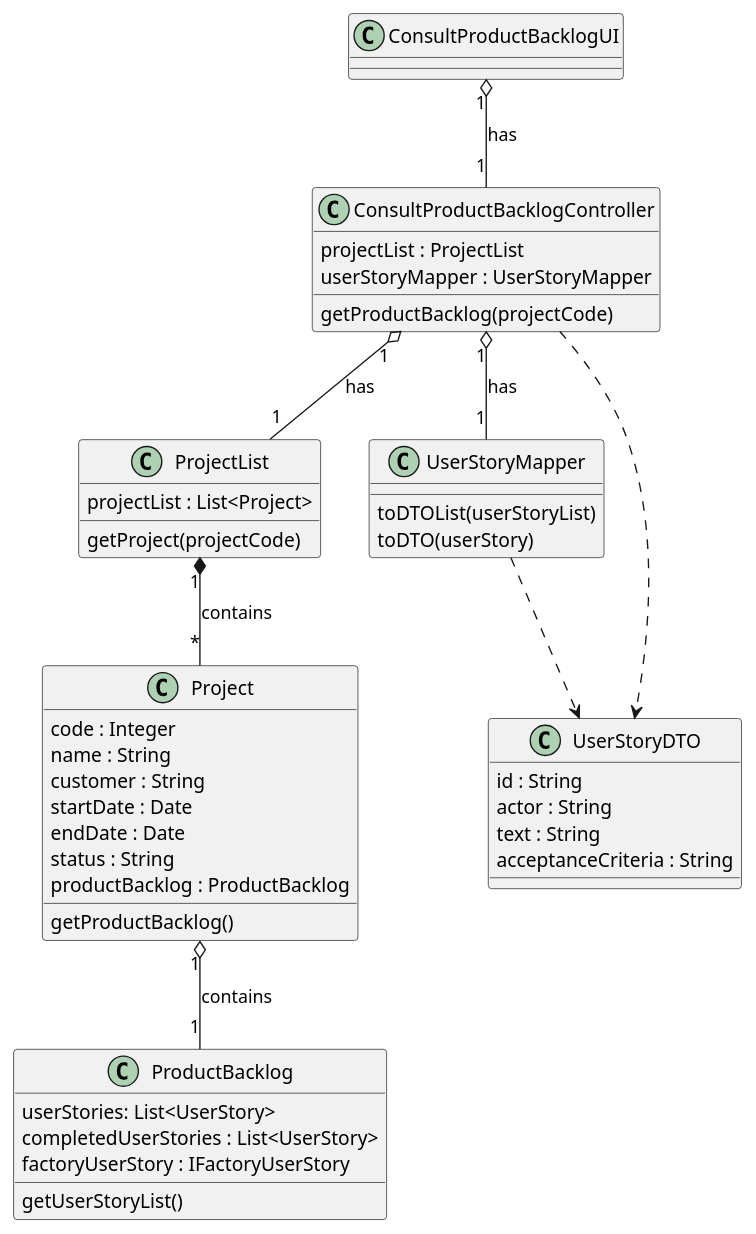
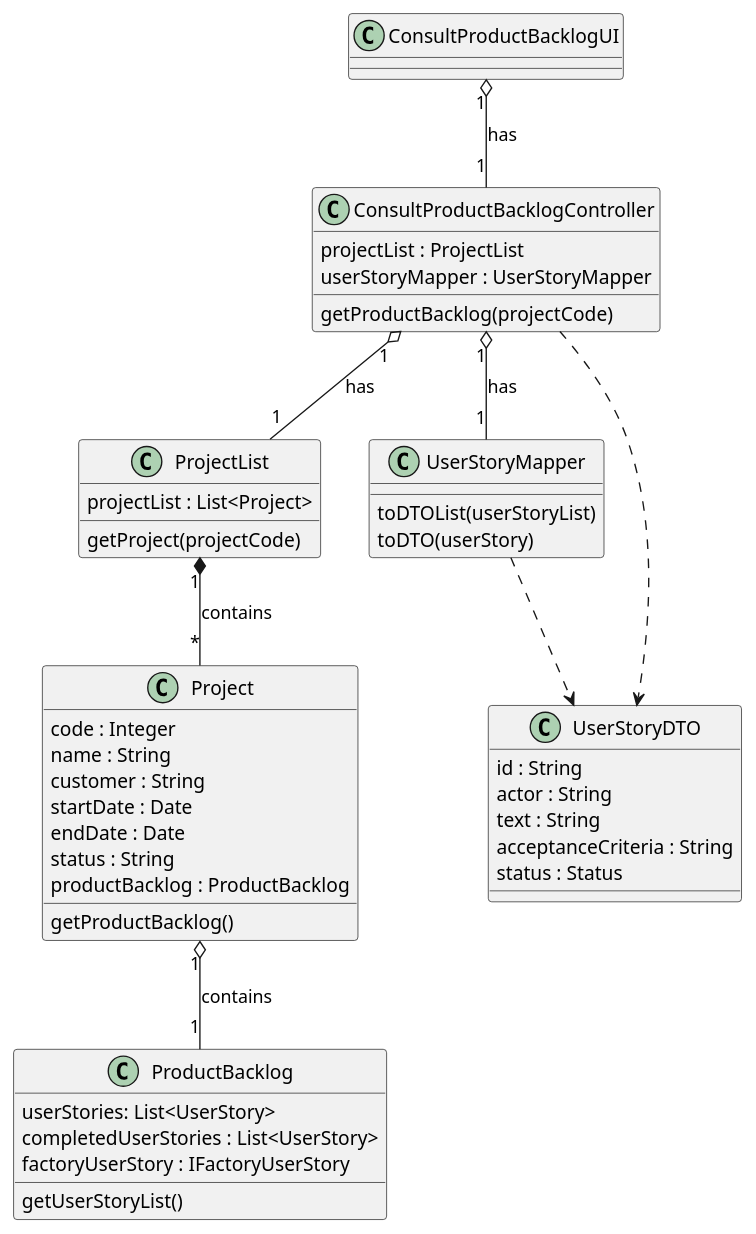
Before and after one commit to ivo-menezes/project_g3: the diagram in docs/modelling_design/user_stories/us018/US018_ConsultProductBacklogCD.puml, drawn with PlantUML.

Commit message:
US018 : Design : CD (update)

```diff
--- a/docs/modelling_design/user_stories/us018/US018_ConsultProductBacklogCD.puml
+++ b/docs/modelling_design/user_stories/us018/US018_ConsultProductBacklogCD.puml
@@ -1,53 +1,54 @@
 @startuml
 class ConsultProductBacklogUI {}
 
 class ConsultProductBacklogController {
 projectList : ProjectList
 userStoryMapper : UserStoryMapper
 getProductBacklog(projectCode)
 }
 
 class ProjectList {
 projectList : List<Project>
 getProject(projectCode)
 }
 
 class Project {
 code : Integer
 name : String
 customer : String
 startDate : Date
 endDate : Date
 status : String
 productBacklog : ProductBacklog
 getProductBacklog()
 }
 
 class ProductBacklog {
 userStories: List<UserStory>
 completedUserStories : List<UserStory>
 factoryUserStory : IFactoryUserStory
 getUserStoryList()
 }
 
 class UserStoryMapper{
 toDTOList(userStoryList)
 toDTO(userStory)
 }
 
 class UserStoryDTO {
 id : String
 actor : String
 text : String
 acceptanceCriteria : String
+status : Status
 }
 
 ConsultProductBacklogUI "1" o-- "1" ConsultProductBacklogController : has
 ConsultProductBacklogController "1" o-- "1" ProjectList : has
 ProjectList "1" *-- "*" Project : contains
 Project "1" o-- "1" ProductBacklog : contains
 ConsultProductBacklogController "1" o-- "1" UserStoryMapper : has
 ConsultProductBacklogController ..> UserStoryDTO
 UserStoryMapper ..> UserStoryDTO
 
 @enduml
```
